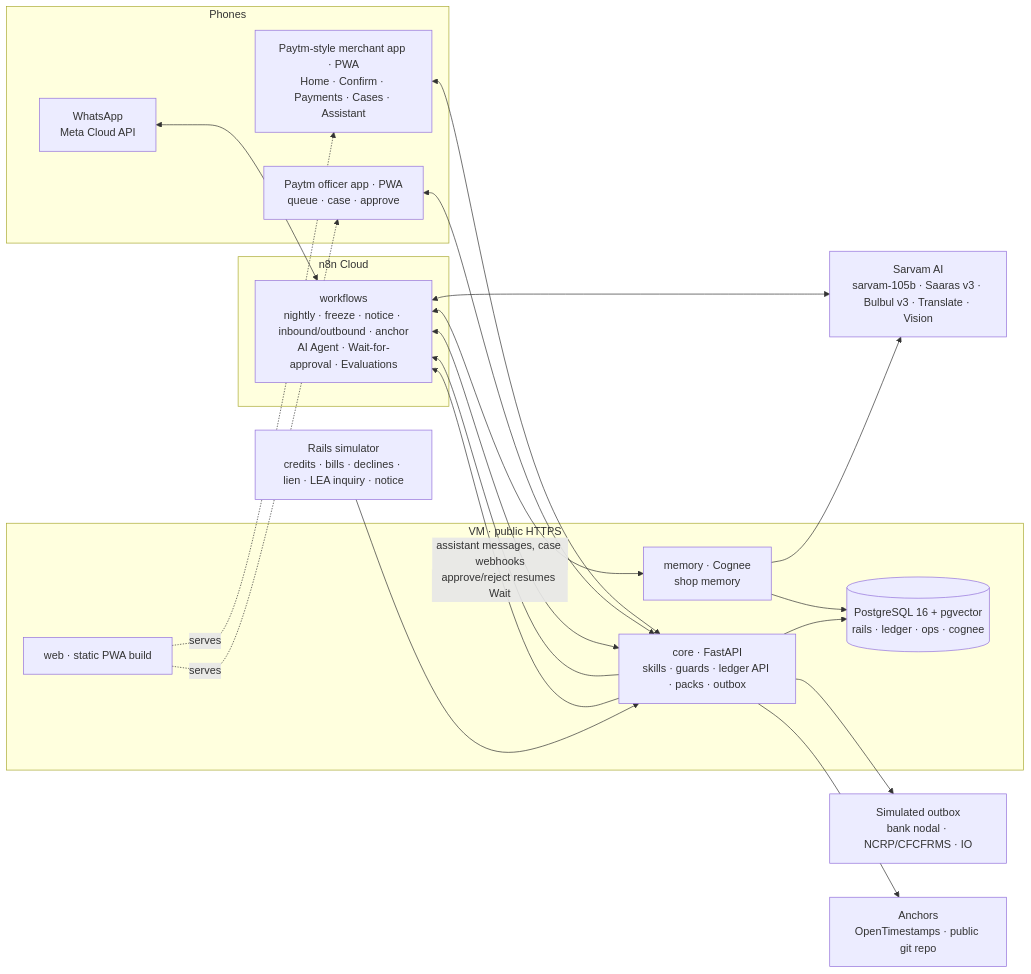
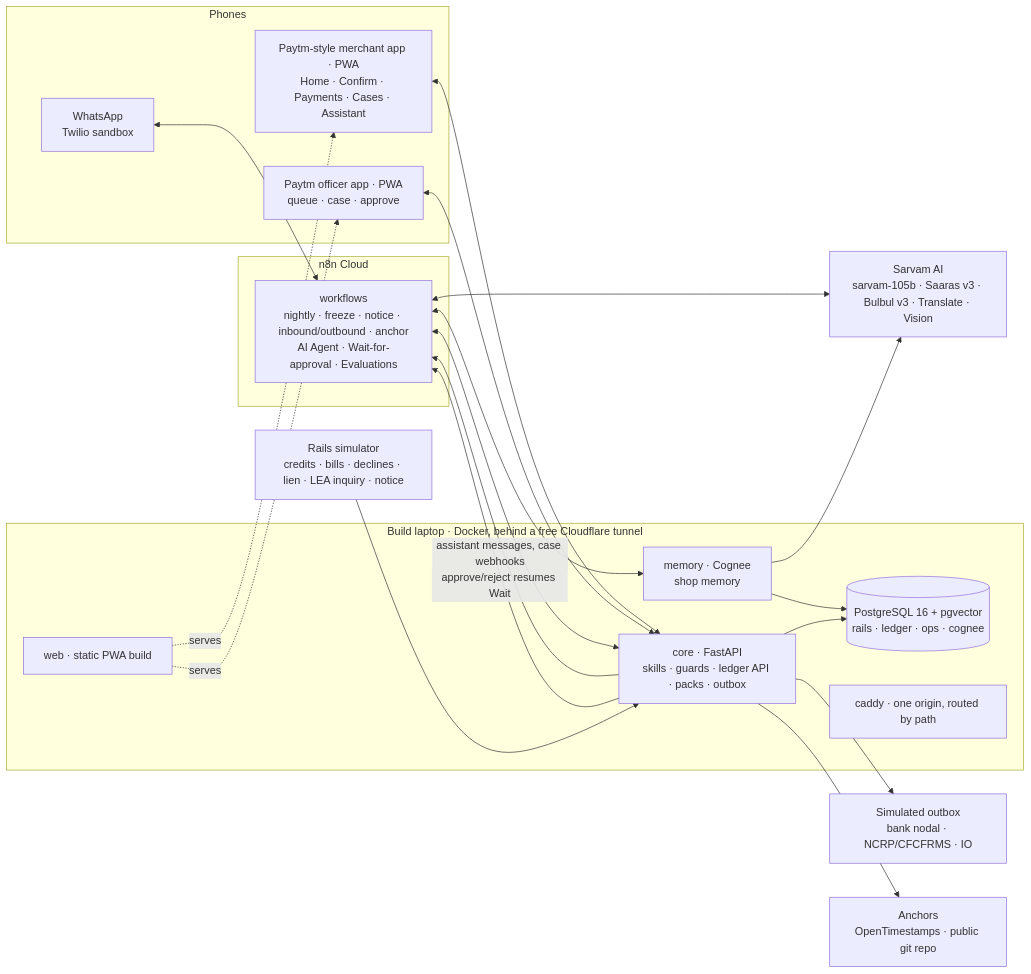
One commit to Pandemonium-Research/Paytm-Hisaab changed the diagram in IMPLEMENTATION_PLAN.md. Above: the diagram before and after it, drawn with Mermaid. The commit also changed other lines of this file and 1 other file, not shown here.

````diff
--- a/IMPLEMENTATION_PLAN.md
+++ b/IMPLEMENTATION_PLAN.md
@@ -143,38 +151,39 @@
 ```mermaid
 flowchart LR
   subgraph phones[Phones]
-    WA[WhatsApp<br/>Meta Cloud API]
+    WA[WhatsApp<br/>Twilio sandbox]
     APP[Paytm-style merchant app · PWA<br/>Home · Confirm · Payments · Cases · Assistant]
     OFF[Paytm officer app · PWA<br/>queue · case · approve]
   end
   RS[Rails simulator<br/>credits · bills · declines · lien · LEA inquiry · notice]
   subgraph cloud[n8n Cloud]
     N8N[workflows<br/>nightly · freeze · notice · inbound/outbound · anchor<br/>AI Agent · Wait-for-approval · Evaluations]
   end
-  subgraph vm[VM · public HTTPS]
+  subgraph laptop[Build laptop · Docker, behind a free Cloudflare tunnel]
     CORE[core · FastAPI<br/>skills · guards · ledger API · packs · outbox]
     MEM[memory · Cognee<br/>shop memory]
     PG[(PostgreSQL 16 + pgvector<br/>rails · ledger · ops · cognee)]
     WEB[web · static PWA build]
+    CADDY[caddy · one origin, routed by path]
   end
   SAR[Sarvam AI<br/>sarvam-105b · Saaras v3 · Bulbul v3 · Translate · Vision]
   OUT[Simulated outbox<br/>bank nodal · NCRP/CFCFRMS · IO]
   ANC[Anchors<br/>OpenTimestamps · public git repo]
 
   WA <--> N8N
   APP <--> CORE
   OFF <--> CORE
   CORE -- assistant messages, case webhooks --> N8N
   RS --> CORE
   N8N <--> SAR
   N8N <--> MEM
   N8N <--> CORE
   MEM --> SAR
   CORE --> PG
   MEM --> PG
   WEB -. serves .-> APP
   WEB -. serves .-> OFF
   CORE -- approve/reject resumes Wait --> N8N
   CORE --> OUT
   CORE --> ANC
 ```
````
